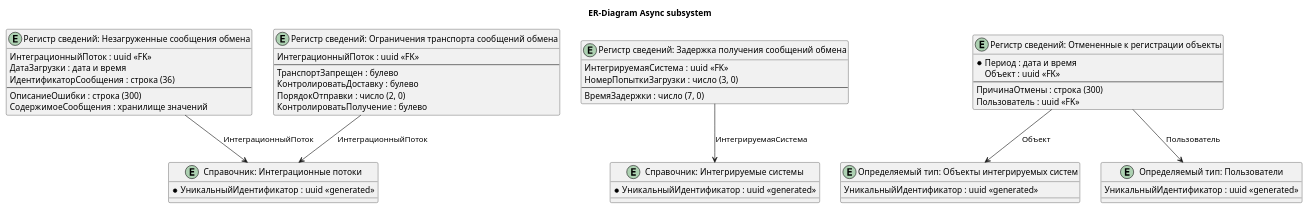
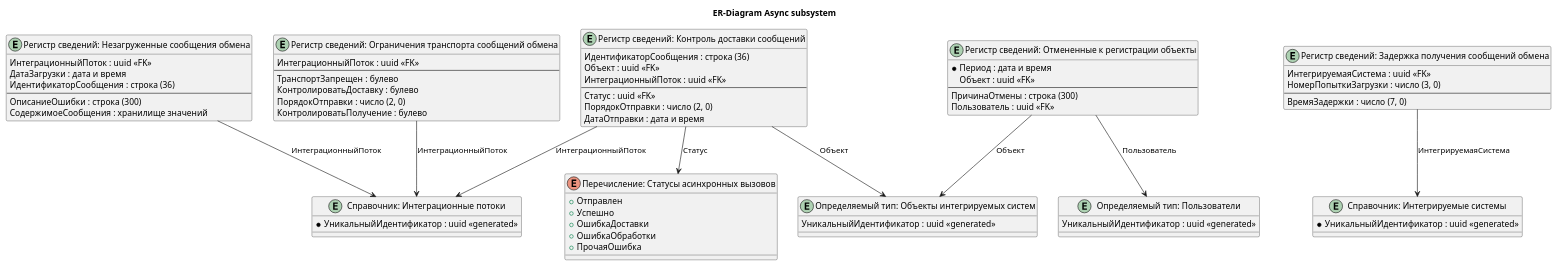
The diagram in docs/puml/ERArchitectureAsyncSubsystem.puml (firstBitSportivnaya/PSSL), drawn with PlantUML before and after one commit. The commit also changed 13 other files, not shown here.

Commit message:
В документацию добавлено описание контроля доставки сообщений

```diff
--- a/docs/puml/ERArchitectureAsyncSubsystem.puml
+++ b/docs/puml/ERArchitectureAsyncSubsystem.puml
@@ -1,60 +1,81 @@
 @startuml async_subsystem
 
 title ER-Diagram Async subsystem
 
 entity "Справочник: Интеграционные потоки" as eFlows {
     *УникальныйИдентификатор : uuid <<generated>>
 }
 
 entity "Справочник: Интегрируемые системы" as eSystems {
     *УникальныйИдентификатор : uuid <<generated>>
 }
 
 entity "Регистр сведений: Незагруженные сообщения обмена" as eNotLoaded {
     ИнтеграционныйПоток : uuid <<FK>>
     ДатаЗагрузки : дата и время
     ИдентификаторСообщения : строка (36)
     --
     ОписаниеОшибки : строка (300)
     СодержимоеСообщения : хранилище значений
 }
 
 entity "Регистр сведений: Задержка получения сообщений обмена" as eDelay {
     ИнтегрируемаяСистема : uuid <<FK>>
     НомерПопыткиЗагрузки : число (3, 0)
     --
     ВремяЗадержки : число (7, 0)
 }
 
 entity "Регистр сведений: Ограничения транспорта сообщений обмена" as eLimits {
     ИнтеграционныйПоток : uuid <<FK>>
     --
     ТранспортЗапрещен : булево
     КонтролироватьДоставку : булево
     ПорядокОтправки : число (2, 0)
     КонтролироватьПолучение : булево
 }
 
+entity "Регистр сведений: Контроль доставки сообщений" as eDelivery {
+    ИдентификаторСообщения : строка (36)
+    Объект : uuid <<FK>>
+    ИнтеграционныйПоток : uuid <<FK>>
+    --
+    Статус : uuid <<FK>>
+    ПорядокОтправки : число (2, 0)
+    ДатаОтправки : дата и время
+}
+
+enum "Перечисление: Статусы асинхронных вызовов" as eAsyncStatuses {
+    + Отправлен
+    + Успешно
+    + ОшибкаДоставки
+    + ОшибкаОбработки
+    + ПрочаяОшибка
+}
+
 entity "Определяемый тип: Объекты интегрируемых систем" as eObjects {
     УникальныйИдентификатор : uuid <<generated>>
 }
 
 entity "Определяемый тип: Пользователи" as eUsers {
     УникальныйИдентификатор : uuid <<generated>>
 }
 
 entity "Регистр сведений: Отмененные к регистрации объекты" as eCancelled {
     *Период : дата и время
     Объект : uuid <<FK>>
     --
     ПричинаОтмены : строка (300)
     Пользователь : uuid <<FK>>
 }
 
 eNotLoaded --> eFlows : ИнтеграционныйПоток
 eDelay --> eSystems : ИнтегрируемаяСистема
 eLimits --> eFlows : ИнтеграционныйПоток
+eDelivery --> eFlows : ИнтеграционныйПоток
+eDelivery --> eObjects : Объект
+eDelivery --> eAsyncStatuses : Статус
 eCancelled --> eObjects : Объект
 eCancelled --> eUsers : Пользователь
 
 @enduml
```
